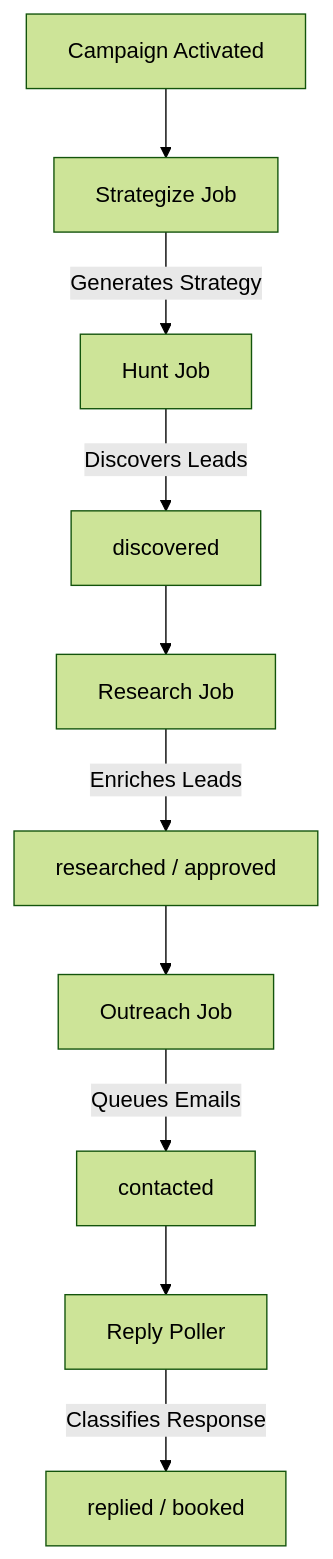
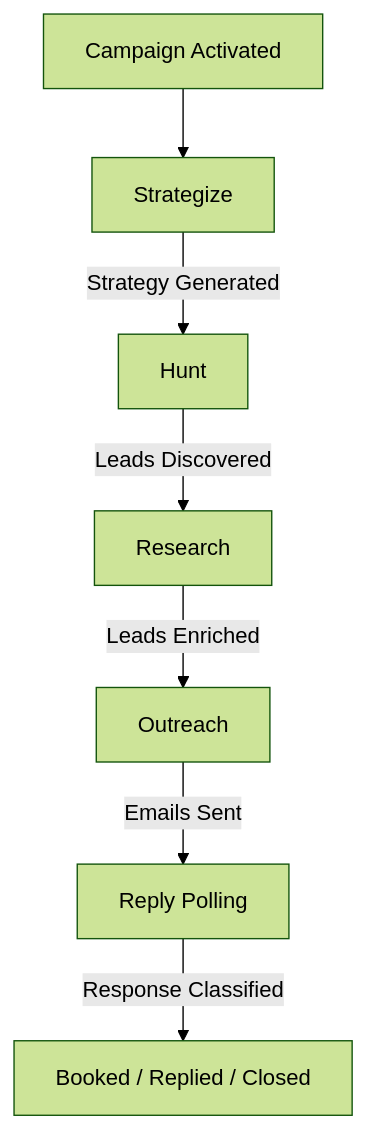
Before and after one commit to m-taqii/phantomoss: the diagram in README.md, drawn with Mermaid (forest theme). The commit also changed other lines of this file, not shown here.

````diff
--- a/README.md
+++ b/README.md
@@ -69,12 +69,9 @@
 ```mermaid
 graph TD
-    A[Campaign Activated] --> B[Strategize Job]
-    B -->|Generates Strategy| C[Hunt Job]
-    C -->|Discovers Leads| D[discovered]
-    D --> E[Research Job]
-    E -->|Enriches Leads| F[researched / approved]
-    F --> G[Outreach Job]
-    G -->|Queues Emails| H[contacted]
-    H --> I[Reply Poller]
-    I -->|Classifies Response| J[replied / booked]
+    A[Campaign Activated] --> B[Strategize]
+    B -->|Strategy Generated| C[Hunt]
+    C -->|Leads Discovered| D[Research]
+    D -->|Leads Enriched| E[Outreach]
+    E -->|Emails Sent| F[Reply Polling]
+    F -->|Response Classified| G[Booked / Replied / Closed]
 ```
````
